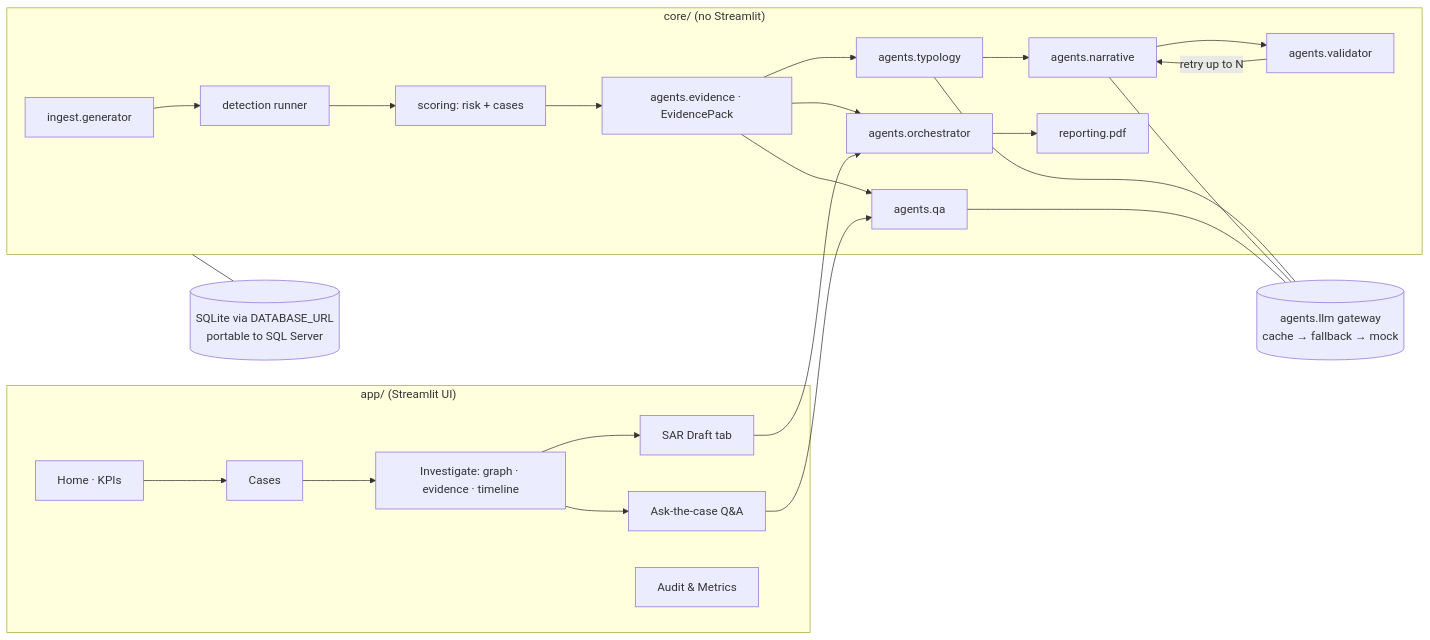
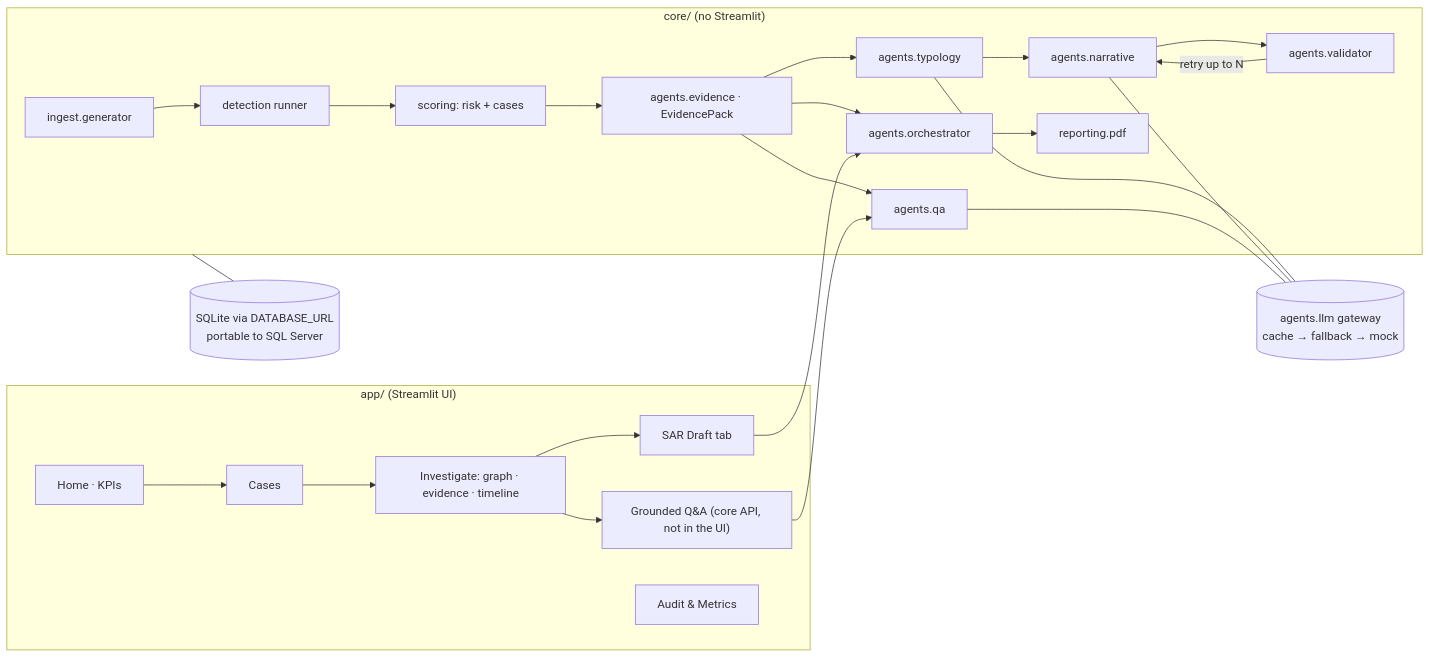
Before and after one commit to theCR7/AIH2_LKO: the diagram in README.md, drawn with Mermaid. The commit also changed other lines of this file and 2 other files, not shown here.

````diff
--- a/README.md
+++ b/README.md
@@ -43,30 +43,30 @@
 ```mermaid
 flowchart LR
     subgraph app["app/ (Streamlit UI)"]
         H[Home · KPIs] --> C[Cases]
         C --> I[Investigate: graph · evidence · timeline]
         I --> SAR[SAR Draft tab]
-        I --> ASK[Ask-the-case Q&A]
+        I --> ASK["Grounded Q&A (core API, not in the UI)"]
         AU[Audit & Metrics]
     end
     subgraph core["core/ (no Streamlit)"]
         GEN[ingest.generator] --> DET[detection runner]
         DET --> SCORE[scoring: risk + cases]
         SCORE --> EV[agents.evidence · EvidencePack]
         EV --> TY[agents.typology]
         TY --> NA[agents.narrative]
         NA --> VAL[agents.validator]
         VAL -->|retry up to N| NA
         EV --> QA[agents.qa]
         EV --> ORCH[agents.orchestrator]
         ORCH --> PDF[reporting.pdf]
     end
     LLM[(agents.llm gateway\ncache → fallback → mock)]
     DB[(SQLite via DATABASE_URL\nportable to SQL Server)]
     TY --- LLM
     NA --- LLM
     QA --- LLM
     core --- DB
     SAR --> ORCH
     ASK --> QA
 ```
````
